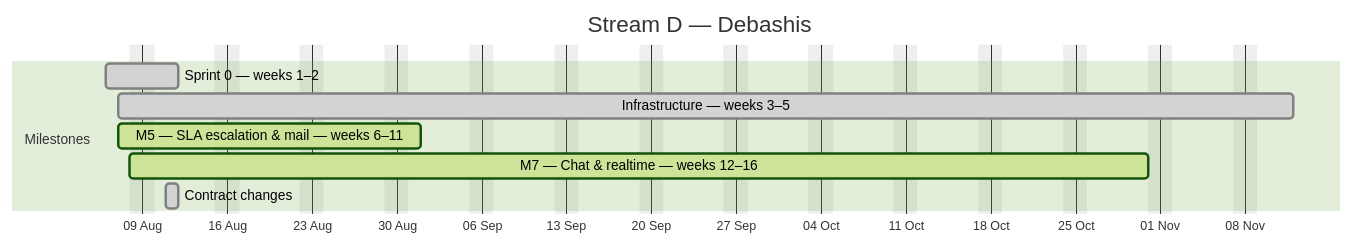
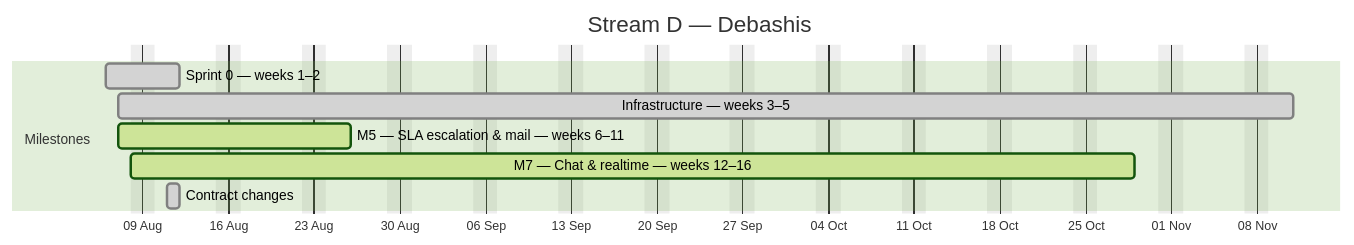
Before and after one commit to debashisedunext/EduTrack: the fourth of 4 diagrams in docs/plan/GANTT.md, drawn with Mermaid (forest theme). The commit also changed other lines of this file and 3 other files, not shown here.

````diff
--- a/docs/plan/GANTT.md
+++ b/docs/plan/GANTT.md
@@ -159,13 +158,13 @@
 ```mermaid
 gantt
     dateFormat YYYY-MM-DD
     axisFormat %d %b
     title Stream D — Debashis
     excludes weekends
     section Milestones
     Sprint 0 — weeks 1–2 :done, d0, 2026-08-06, 4d
-    Infrastructure — weeks 3–5 :done, d1, 2026-08-07, 69d
-    M5 — SLA  escalation & mail — weeks 6–11 :active, d2, 2026-08-07, 17d
-    M7 — Chat & realtime — weeks 12–16 :active, d3, 2026-08-08, 61d
+    Infrastructure — weeks 3–5 :done, d1, 2026-08-07, 68d
+    M5 — SLA  escalation & mail — weeks 6–11 :active, d2, 2026-08-07, 13d
+    M7 — Chat & realtime — weeks 12–16 :active, d3, 2026-08-08, 59d
     Contract changes :done, d4, 2026-08-11, 1d
 ```
````
